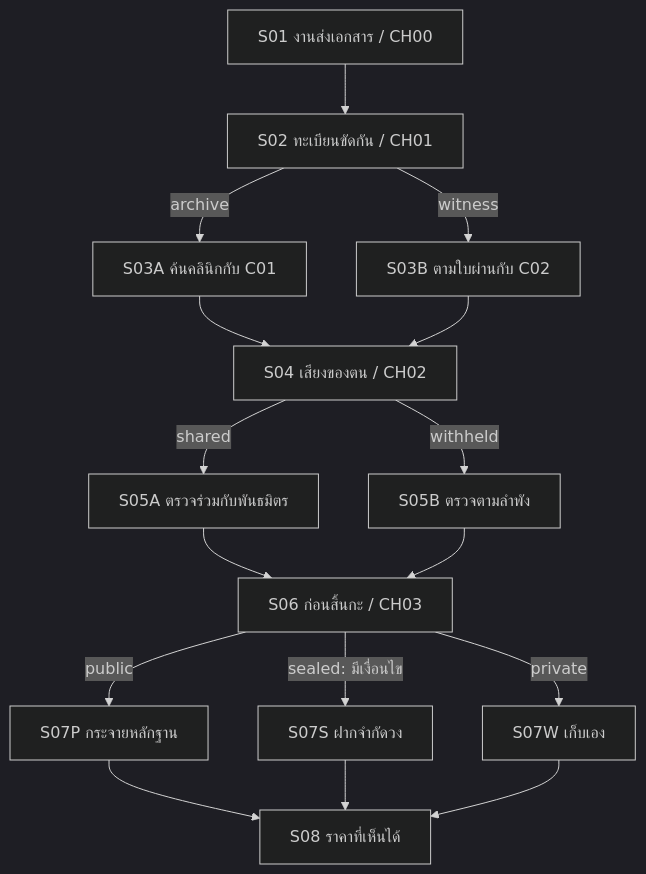
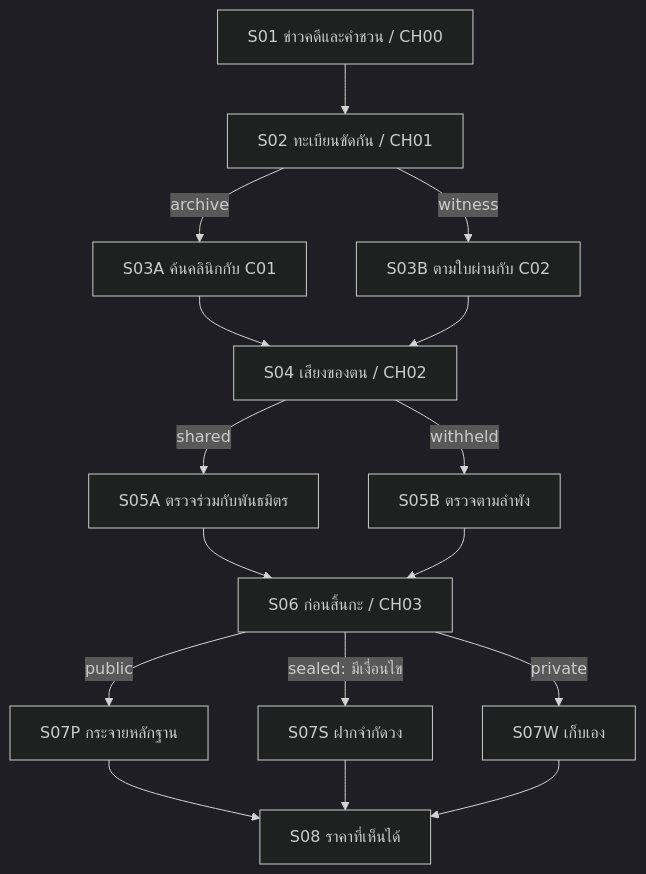
The diagram in docs/04_SLICE_SPEC.md (mindanao0/PROJECT_G), drawn with Mermaid (dark theme) before and after one commit. The commit also changed other lines of this file and 8 other files, not shown here.

````diff
--- a/docs/04_SLICE_SPEC.md
+++ b/docs/04_SLICE_SPEC.md
@@ -19,18 +19,18 @@
 ```mermaid
 flowchart TD
-  S01["S01 งานส่งเอกสาร / CH00"] --> S02["S02 ทะเบียนขัดกัน / CH01"]
+  S01["S01 ข่าวคดีและคำชวน / CH00"] --> S02["S02 ทะเบียนขัดกัน / CH01"]
   S02 -->|"archive"| S03A["S03A ค้นคลินิกกับ C01"]
   S02 -->|"witness"| S03B["S03B ตามใบผ่านกับ C02"]
   S03A --> S04["S04 เสียงของตน / CH02"]
   S03B --> S04
   S04 -->|"shared"| S05A["S05A ตรวจร่วมกับพันธมิตร"]
   S04 -->|"withheld"| S05B["S05B ตรวจตามลำพัง"]
   S05A --> S06["S06 ก่อนสิ้นกะ / CH03"]
   S05B --> S06
   S06 -->|"public"| S07P["S07P กระจายหลักฐาน"]
   S06 -->|"sealed: มีเงื่อนไข"| S07S["S07S ฝากจำกัดวง"]
   S06 -->|"private"| S07W["S07W เก็บเอง"]
   S07P --> S08["S08 ราคาที่เห็นได้"]
   S07S --> S08
   S07W --> S08
 ```
````
